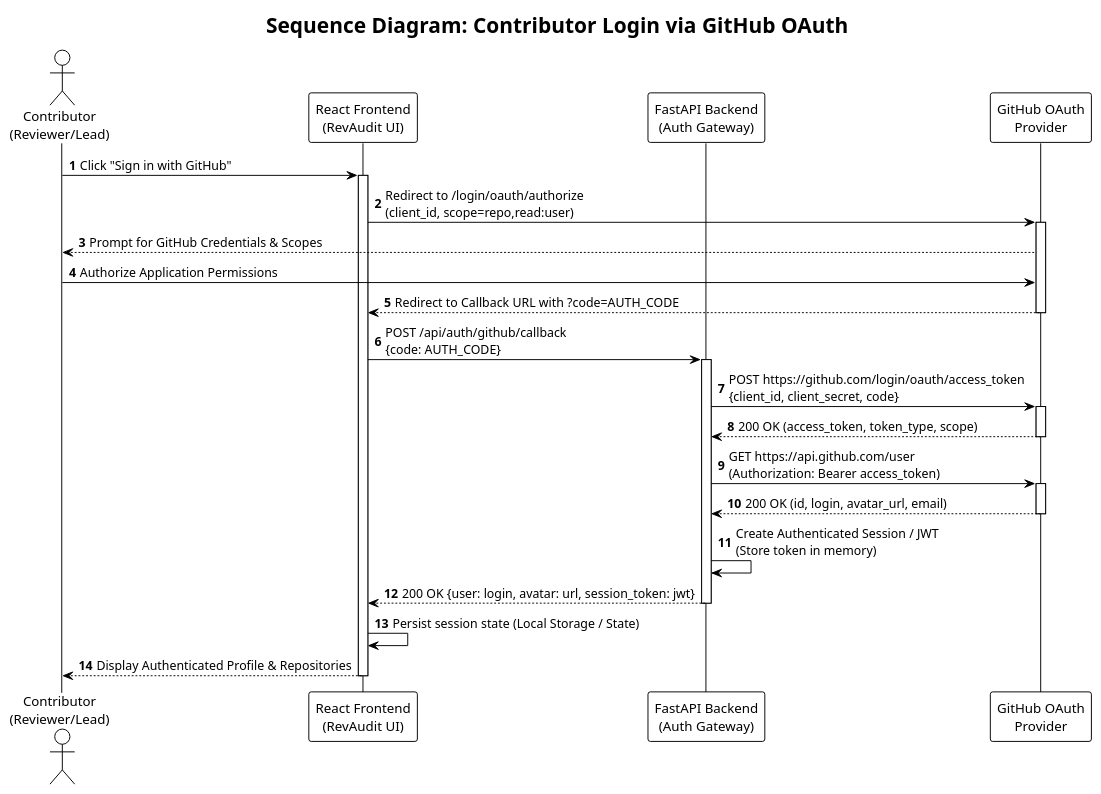
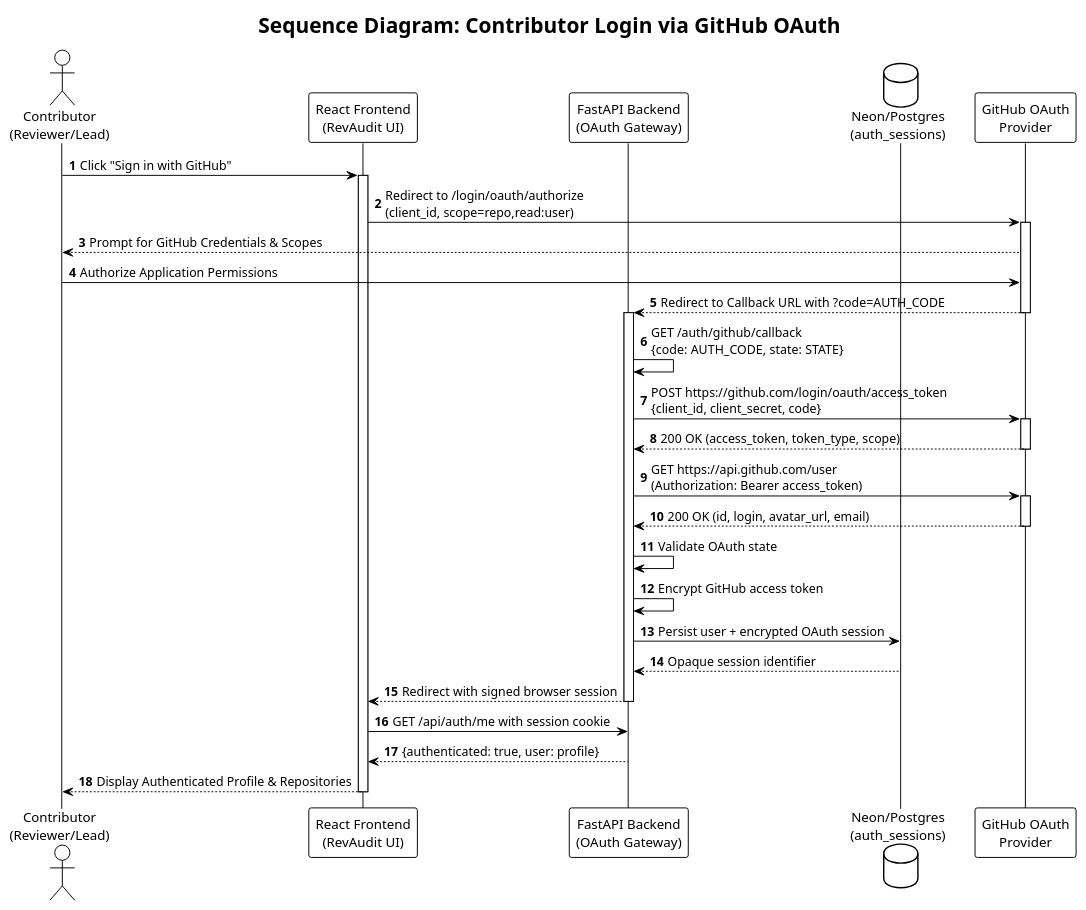
The diagram in frontend/public/diagrams/01_sequence_oauth.puml (adityaraj868/revaudit), drawn with PlantUML before and after one commit. The commit also changed 36 other files, not shown here.

```diff
--- a/frontend/public/diagrams/01_sequence_oauth.puml
+++ b/frontend/public/diagrams/01_sequence_oauth.puml
@@ -1,45 +1,50 @@
 @startuml sequence_oauth
 !theme plain
 autonumber
 skinparam BoxPadding 10
 skinparam ParticipantPadding 15
 
 title Sequence Diagram: Contributor Login via GitHub OAuth
 
 actor "Contributor\n(Reviewer/Lead)" as User
 participant "React Frontend\n(RevAudit UI)" as Frontend
-participant "FastAPI Backend\n(Auth Gateway)" as Backend
+participant "FastAPI Backend\n(OAuth Gateway)" as Backend
+database "Neon/Postgres\n(auth_sessions)" as DB
 participant "GitHub OAuth\nProvider" as GitHub
 
 User -> Frontend : Click "Sign in with GitHub"
 activate Frontend
 
 Frontend -> GitHub : Redirect to /login/oauth/authorize\n(client_id, scope=repo,read:user)
 activate GitHub
 GitHub --> User : Prompt for GitHub Credentials & Scopes
 User -> GitHub : Authorize Application Permissions
-GitHub --> Frontend : Redirect to Callback URL with ?code=AUTH_CODE
+GitHub --> Backend : Redirect to Callback URL with ?code=AUTH_CODE
 deactivate GitHub
 
-Frontend -> Backend : POST /api/auth/github/callback\n{code: AUTH_CODE}
 activate Backend
+Backend -> Backend : GET /auth/github/callback\n{code: AUTH_CODE, state: STATE}
 
 Backend -> GitHub : POST https://github.com/login/oauth/access_token\n{client_id, client_secret, code}
 activate GitHub
 GitHub --> Backend : 200 OK (access_token, token_type, scope)
 deactivate GitHub
 
 Backend -> GitHub : GET https://api.github.com/user\n(Authorization: Bearer access_token)
 activate GitHub
 GitHub --> Backend : 200 OK (id, login, avatar_url, email)
 deactivate GitHub
 
-Backend -> Backend : Create Authenticated Session / JWT\n(Store token in memory)
-Backend --> Frontend : 200 OK {user: login, avatar: url, session_token: jwt}
+Backend -> Backend : Validate OAuth state
+Backend -> Backend : Encrypt GitHub access token
+Backend -> DB : Persist user + encrypted OAuth session
+DB --> Backend : Opaque session identifier
+Backend --> Frontend : Redirect with signed browser session
 deactivate Backend
 
-Frontend -> Frontend : Persist session state (Local Storage / State)
+Frontend -> Backend : GET /api/auth/me with session cookie
+Backend --> Frontend : {authenticated: true, user: profile}
 Frontend --> User : Display Authenticated Profile & Repositories
 deactivate Frontend
 
 @enduml
```
